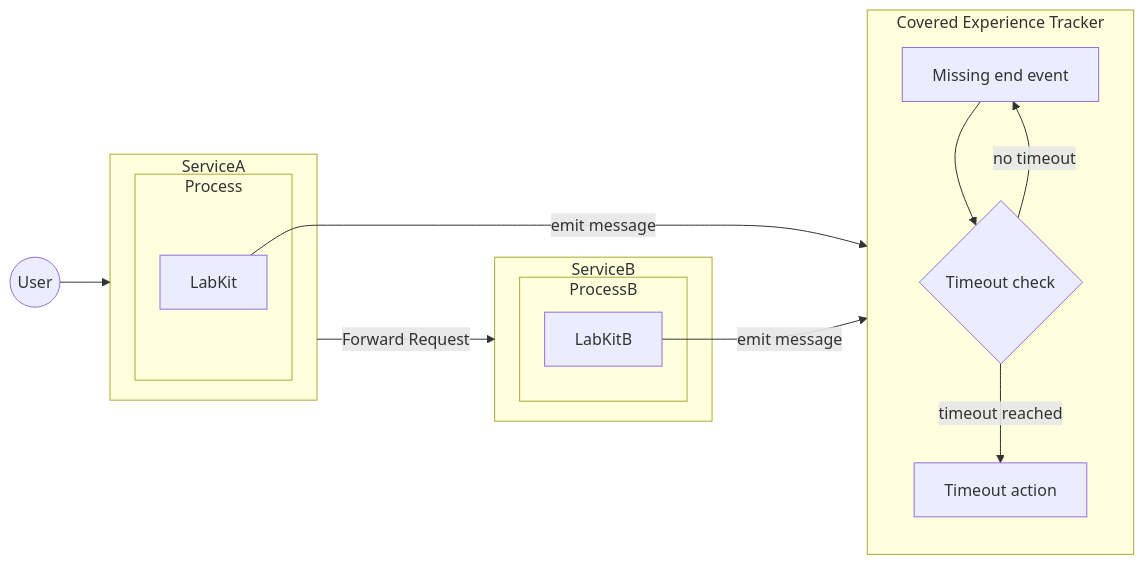
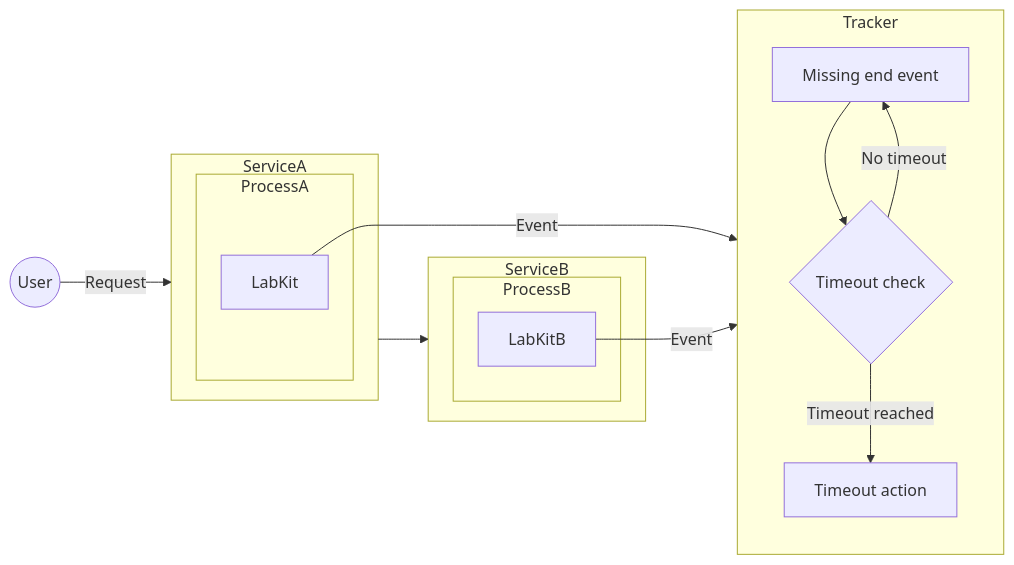
The first of 3 diagrams in content/handbook/engineering/architecture/design-documents/covered_experience_slis/_index.md (zalyoung/gitlab-handbook), drawn with Mermaid before and after one commit. The commit also changed other lines of this file, not shown here.

````diff
--- a/content/handbook/engineering/architecture/design-documents/covered_experience_slis/_index.md
+++ b/content/handbook/engineering/architecture/design-documents/covered_experience_slis/_index.md
@@ -98,30 +194,30 @@
 ```mermaid
 flowchart LR
     User((User))
 
     subgraph ServiceA
-        subgraph Process
+        subgraph ProcessA
             LabKit
         end
     end
     subgraph ServiceB
         subgraph ProcessB
             LabKitB
         end
     end
 
-    subgraph tracker[Covered Experience Tracker]
+    subgraph tracker[Tracker]
         missing_end[Missing end event]
         timeout_check{Timeout check}
         timeout_action[Timeout action]
 
         missing_end --> timeout_check
-        timeout_check --no timeout--> missing_end
-        timeout_check --timeout reached--> timeout_action
+        timeout_check --No timeout--> missing_end
+        timeout_check --Timeout reached--> timeout_action
     end
 
-    User --> ServiceA
-    LabKit --emit message--> tracker
-    ServiceA --Forward Request--> ServiceB
-    LabKitB --emit message--> tracker
+    User --Request--> ServiceA
+    LabKit --Event--> tracker
+    ServiceA --> ServiceB
+    LabKitB --Event--> tracker
 ```
````
